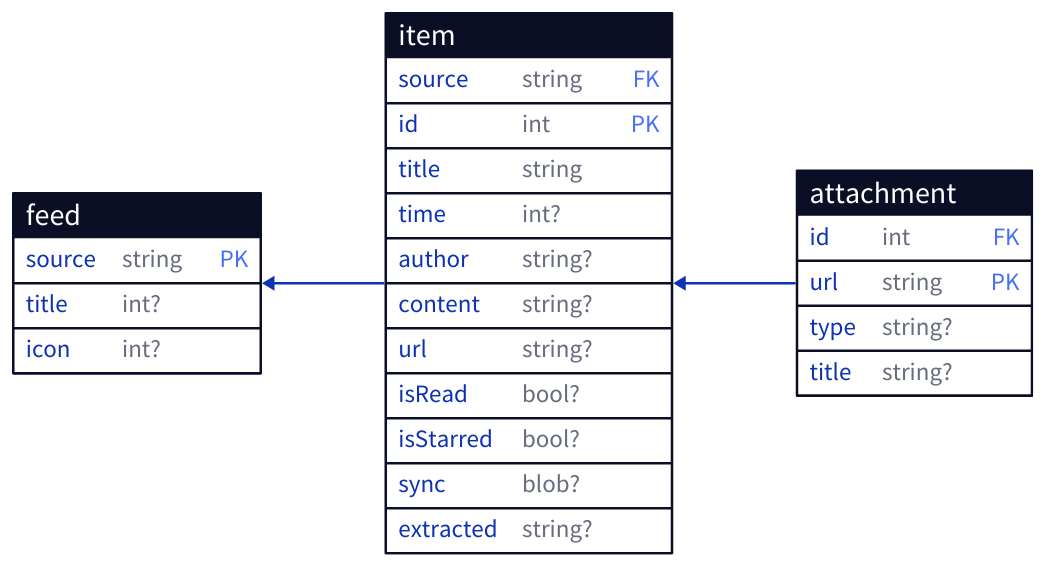
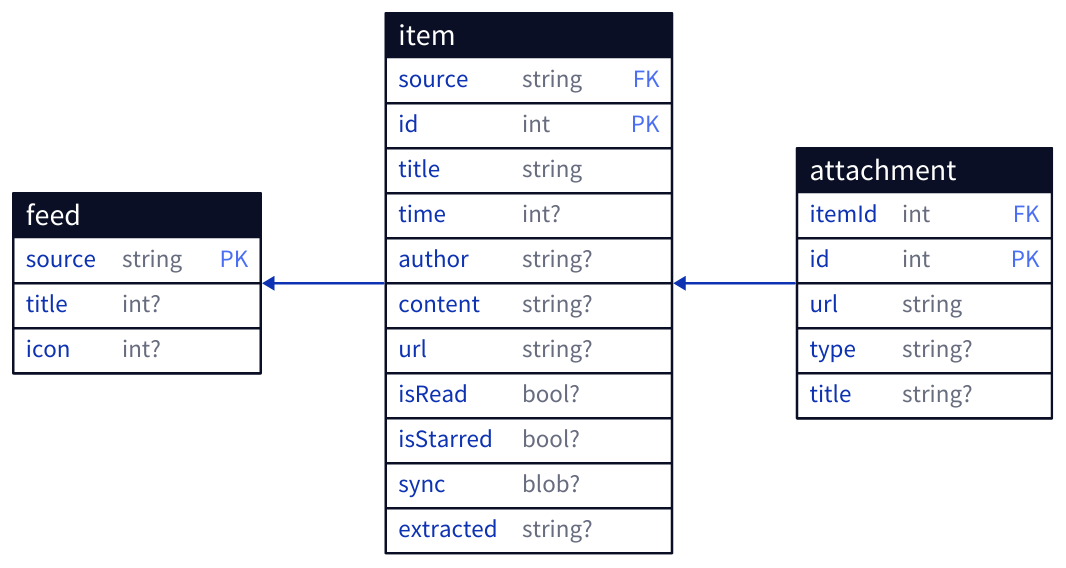
The diagram in App/Documentation.docc/Resources/store/schema-source.d2 (levitatingpineapple/feed-radar), drawn with D2 before and after one commit. The commit also changed 21 other files, not shown here.

```diff
--- a/App/Documentation.docc/Resources/store/schema-source.d2
+++ b/App/Documentation.docc/Resources/store/schema-source.d2
@@ -1,34 +1,35 @@
 style: { fill: "transparent" }
 direction: left
 item.source -> feed.source
-attachment.id -> item.id
+attachment.itemId -> item.id
 
 feed: {
 	shape: sql_table
 	source: string {constraint: primary_key}
 	title: int?
 	icоn: int?
 }
 
 item: {
 	shape: sql_table
+	source: string {constraint: foreign_key}
 	id: int {constraint: primary_key}
-	source: string {constraint: foreign_key}
 	title: string
 	time: int?
 	author: string?
 	content: string?
 	url: string?
 	isRead: bool?
 	isStarred: bool?
 	sync: blob?
 	extracted: string?
 }
 
 attachment: {
 	shape: sql_table
-	id: int {constraint: foreign_key}
-	url: string {constraint: primary_key}
+	itemId: int {constraint: foreign_key}
+	id: int {constraint: primary_key}
+	url: string
 	type: string?
 	title: string?
 }
```
